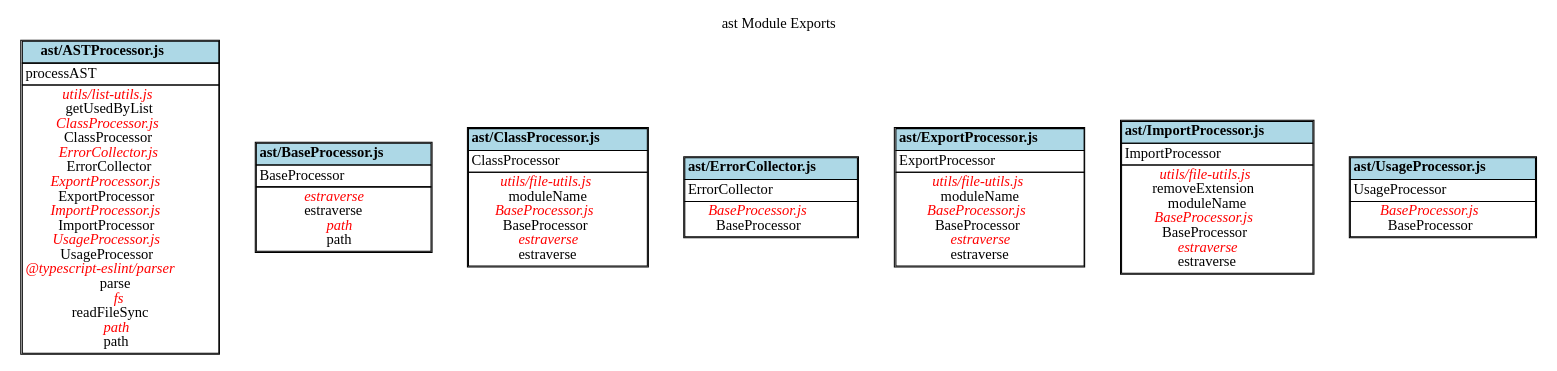
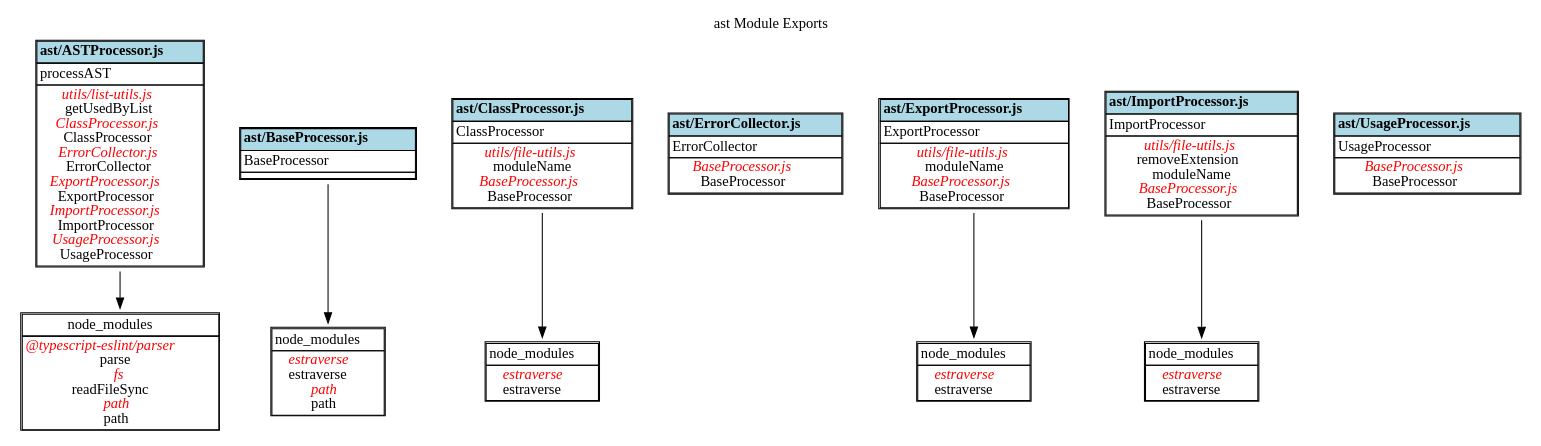
Before and after one commit to fleebe/dep-graph: the diagram in docs/ast/ExportGraph.dot, drawn with Graphviz. The commit also changed 21 other files, not shown here.

Commit message:
IMplemented node_moduels in Modeul Export and made sure the code completes the generation of SVG files before it tries to create diagrams.html

```diff
--- a/docs/ast/ExportGraph.dot
+++ b/docs/ast/ExportGraph.dot
@@ -1,111 +1,134 @@
 digraph {label="ast Module Exports";
 labelloc="t";
-"ast/ASTProcessor.js" [shape=none, label=<<TABLE cellspacing="0" cellborder="1">
+"ast/ASTProcessor.js" [shape = none, label =<<TABLE cellspacing="0" cellborder="1" align="left">
 <TR><TD bgcolor="lightblue" align="center"><B>ast/ASTProcessor.js</B></TD></TR>
 <TR><TD align="left">
 processAST<BR/>
 </TD></TR>
 <TR><TD align="center">
 <font color="red"><I>utils/list-utils.js</I></font><BR/>
 getUsedByList<BR/>
 <font color="red"><I>ClassProcessor.js</I></font><BR/>
 ClassProcessor<BR/>
 <font color="red"><I>ErrorCollector.js</I></font><BR/>
 ErrorCollector<BR/>
 <font color="red"><I>ExportProcessor.js</I></font><BR/>
 ExportProcessor<BR/>
 <font color="red"><I>ImportProcessor.js</I></font><BR/>
 ImportProcessor<BR/>
 <font color="red"><I>UsageProcessor.js</I></font><BR/>
 UsageProcessor<BR/>
+</TD></TR>
+</TABLE>>];
+"ast/ASTProcessor.js-node_modules" [shape = none, label =<<TABLE cellspacing="0" cellborder="1" align="left">
+<TR><TD>node_modules</TD></TR>
+<TR><TD align="center">
 <font color="red"><I>@typescript-eslint/parser</I></font><BR/>
 parse<BR/>
 <font color="red"><I>fs</I></font><BR/>
 readFileSync<BR/>
 <font color="red"><I>path</I></font><BR/>
 path<BR/>
 </TD></TR>
 </TABLE>>];
-
-"ast/BaseProcessor.js" [shape=none, label=<<TABLE cellspacing="0" cellborder="1">
+"ast/ASTProcessor.js"->"ast/ASTProcessor.js-node_modules"
+"ast/BaseProcessor.js" [shape = none, label =<<TABLE cellspacing="0" cellborder="1" align="left">
 <TR><TD bgcolor="lightblue" align="center"><B>ast/BaseProcessor.js</B></TD></TR>
 <TR><TD align="left">
 BaseProcessor<BR/>
 </TD></TR>
+<TR><TD align="center">
+</TD></TR>
+</TABLE>>];
+"ast/BaseProcessor.js-node_modules" [shape = none, label =<<TABLE cellspacing="0" cellborder="1" align="left">
+<TR><TD>node_modules</TD></TR>
 <TR><TD align="center">
 <font color="red"><I>estraverse</I></font><BR/>
 estraverse<BR/>
 <font color="red"><I>path</I></font><BR/>
 path<BR/>
 </TD></TR>
 </TABLE>>];
-
-"ast/ClassProcessor.js" [shape=none, label=<<TABLE cellspacing="0" cellborder="1">
+"ast/BaseProcessor.js"->"ast/BaseProcessor.js-node_modules"
+"ast/ClassProcessor.js" [shape = none, label =<<TABLE cellspacing="0" cellborder="1" align="left">
 <TR><TD bgcolor="lightblue" align="center"><B>ast/ClassProcessor.js</B></TD></TR>
 <TR><TD align="left">
 ClassProcessor<BR/>
 </TD></TR>
 <TR><TD align="center">
 <font color="red"><I>utils/file-utils.js</I></font><BR/>
 moduleName<BR/>
 <font color="red"><I>BaseProcessor.js</I></font><BR/>
 BaseProcessor<BR/>
+</TD></TR>
+</TABLE>>];
+"ast/ClassProcessor.js-node_modules" [shape = none, label =<<TABLE cellspacing="0" cellborder="1" align="left">
+<TR><TD>node_modules</TD></TR>
+<TR><TD align="center">
 <font color="red"><I>estraverse</I></font><BR/>
 estraverse<BR/>
 </TD></TR>
 </TABLE>>];
-
-"ast/ErrorCollector.js" [shape=none, label=<<TABLE cellspacing="0" cellborder="1">
+"ast/ClassProcessor.js"->"ast/ClassProcessor.js-node_modules"
+"ast/ErrorCollector.js" [shape = none, label =<<TABLE cellspacing="0" cellborder="1" align="left">
 <TR><TD bgcolor="lightblue" align="center"><B>ast/ErrorCollector.js</B></TD></TR>
 <TR><TD align="left">
 ErrorCollector<BR/>
 </TD></TR>
 <TR><TD align="center">
 <font color="red"><I>BaseProcessor.js</I></font><BR/>
 BaseProcessor<BR/>
 </TD></TR>
 </TABLE>>];
-
-"ast/ExportProcessor.js" [shape=none, label=<<TABLE cellspacing="0" cellborder="1">
+"ast/ExportProcessor.js" [shape = none, label =<<TABLE cellspacing="0" cellborder="1" align="left">
 <TR><TD bgcolor="lightblue" align="center"><B>ast/ExportProcessor.js</B></TD></TR>
 <TR><TD align="left">
 ExportProcessor<BR/>
 </TD></TR>
 <TR><TD align="center">
 <font color="red"><I>utils/file-utils.js</I></font><BR/>
 moduleName<BR/>
 <font color="red"><I>BaseProcessor.js</I></font><BR/>
 BaseProcessor<BR/>
+</TD></TR>
+</TABLE>>];
+"ast/ExportProcessor.js-node_modules" [shape = none, label =<<TABLE cellspacing="0" cellborder="1" align="left">
+<TR><TD>node_modules</TD></TR>
+<TR><TD align="center">
 <font color="red"><I>estraverse</I></font><BR/>
 estraverse<BR/>
 </TD></TR>
 </TABLE>>];
-
-"ast/ImportProcessor.js" [shape=none, label=<<TABLE cellspacing="0" cellborder="1">
+"ast/ExportProcessor.js"->"ast/ExportProcessor.js-node_modules"
+"ast/ImportProcessor.js" [shape = none, label =<<TABLE cellspacing="0" cellborder="1" align="left">
 <TR><TD bgcolor="lightblue" align="center"><B>ast/ImportProcessor.js</B></TD></TR>
 <TR><TD align="left">
 ImportProcessor<BR/>
 </TD></TR>
 <TR><TD align="center">
 <font color="red"><I>utils/file-utils.js</I></font><BR/>
 removeExtension<BR/>
 moduleName<BR/>
 <font color="red"><I>BaseProcessor.js</I></font><BR/>
 BaseProcessor<BR/>
+</TD></TR>
+</TABLE>>];
+"ast/ImportProcessor.js-node_modules" [shape = none, label =<<TABLE cellspacing="0" cellborder="1" align="left">
+<TR><TD>node_modules</TD></TR>
+<TR><TD align="center">
 <font color="red"><I>estraverse</I></font><BR/>
 estraverse<BR/>
 </TD></TR>
 </TABLE>>];
-
-"ast/UsageProcessor.js" [shape=none, label=<<TABLE cellspacing="0" cellborder="1">
+"ast/ImportProcessor.js"->"ast/ImportProcessor.js-node_modules"
+"ast/UsageProcessor.js" [shape = none, label =<<TABLE cellspacing="0" cellborder="1" align="left">
 <TR><TD bgcolor="lightblue" align="center"><B>ast/UsageProcessor.js</B></TD></TR>
 <TR><TD align="left">
 UsageProcessor<BR/>
 </TD></TR>
 <TR><TD align="center">
 <font color="red"><I>BaseProcessor.js</I></font><BR/>
 BaseProcessor<BR/>
 </TD></TR>
 </TABLE>>];
-
 }
```
